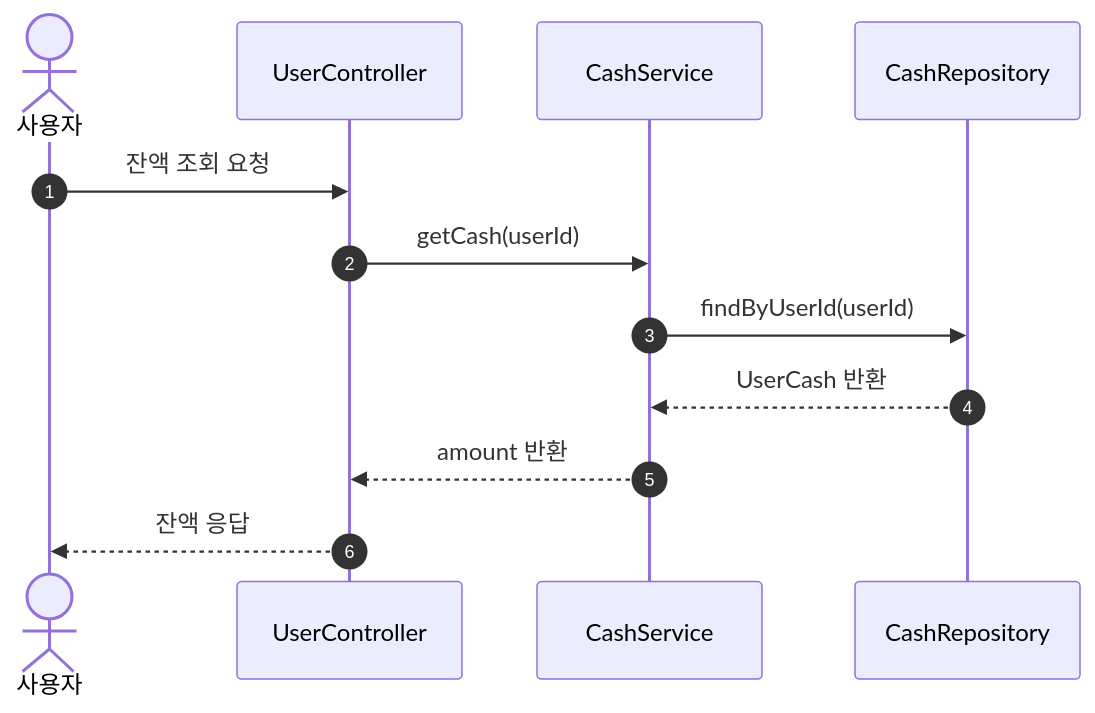
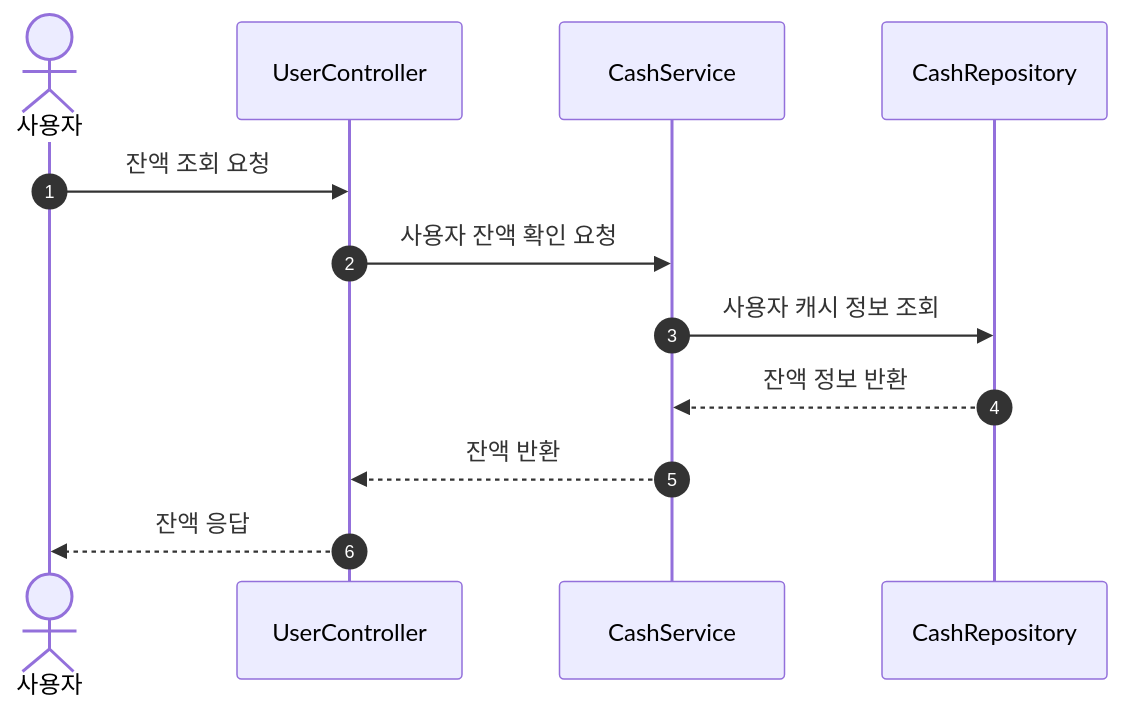
One commit to uuununew/concert-system changed the sixth of 8 diagrams in docs/SEQUENCE.md. Above: the diagram before and after it, drawn with Mermaid. The commit also changed other lines of this file, not shown here.

Commit message:
시퀀스 다이어그램 추가

````diff
--- a/docs/SEQUENCE.md
+++ b/docs/SEQUENCE.md
@@ -169,15 +163,15 @@
 ```mermaid
 sequenceDiagram
     autonumber
     actor 사용자
     participant UserController
     participant CashService
     participant CashRepository
 
     사용자 ->> UserController: 잔액 조회 요청
-    UserController ->> CashService: getCash(userId)
-    CashService ->> CashRepository: findByUserId(userId)
-    CashRepository -->> CashService: UserCash 반환
-    CashService -->> UserController: amount 반환
+    UserController ->> CashService: 사용자 잔액 확인 요청
+    CashService ->> CashRepository: 사용자 캐시 정보 조회
+    CashRepository -->> CashService: 잔액 정보 반환
+    CashService -->> UserController: 잔액 반환
     UserController -->> 사용자: 잔액 응답
 ```
````
